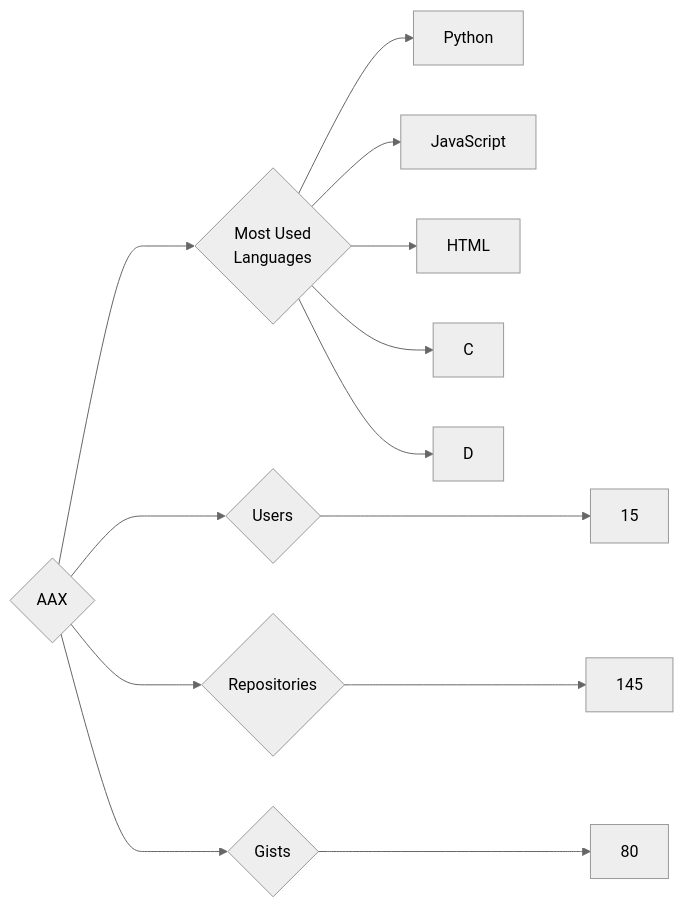
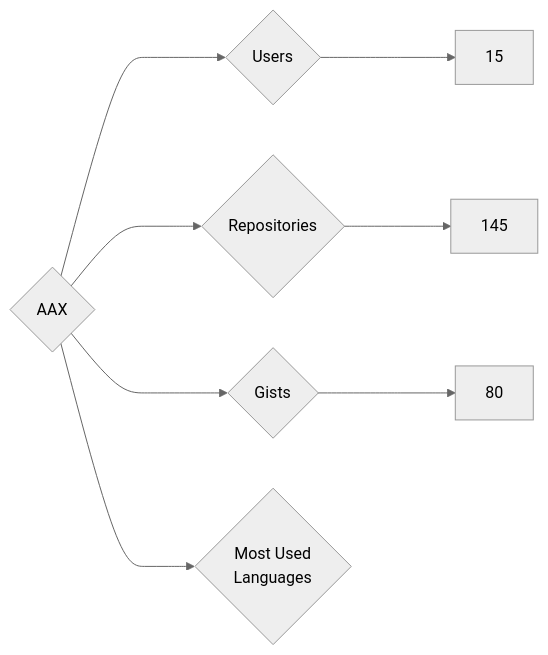
Before and after one commit to nenadzaric/insiders: the diagram in targets/AAX/README.md, drawn with Mermaid (neutral theme). The commit also changed 14 other files, not shown here.

````diff
--- a/targets/AAX/README.md
+++ b/targets/AAX/README.md
@@ -3,13 +3,8 @@
 ```mermaid
 graph LR
 COMPANY_NAME{AAX}
 COMPANY_NAME ---> U{Users} ---> UN[15]
 COMPANY_NAME ---> R{Repositories} ---> RN[145]
 COMPANY_NAME ---> G{Gists} ---> GN[80]
 COMPANY_NAME ---> ML{Most Used<br>Languages}
-ML --> Python[Python]
-ML --> JavaScript[JavaScript]
-ML --> HTML[HTML]
-ML --> C[C]
-ML --> D[D]
 ```
````
